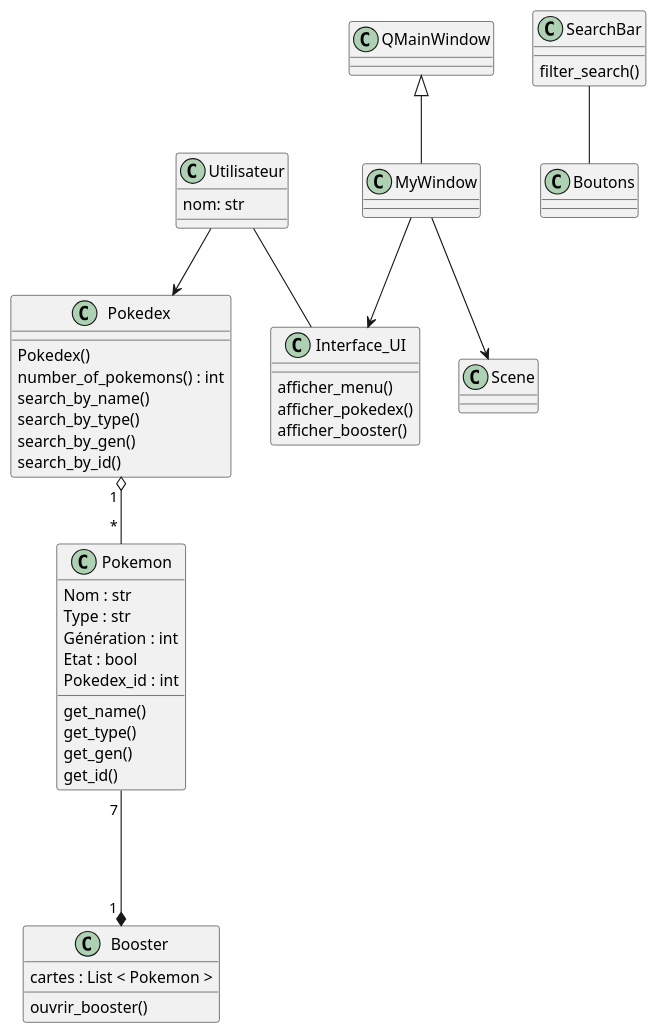
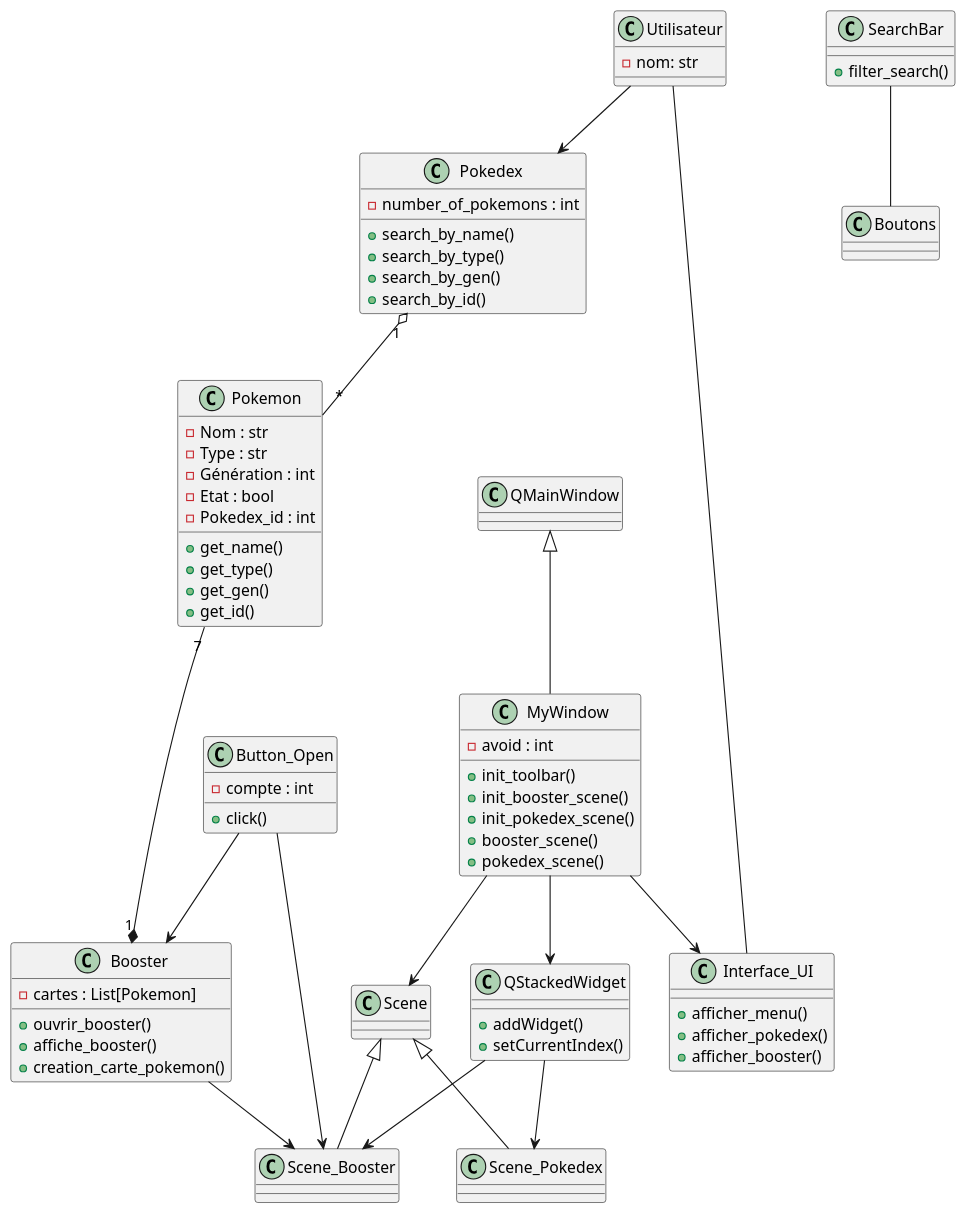
Before and after one commit to sltcvtfk/pokemon-tcg-pyside6: the diagram in Pokemon_TCG_uml.wsd, drawn with PlantUML.

```diff
--- a/Pokemon_TCG_uml.wsd
+++ b/Pokemon_TCG_uml.wsd
@@ -1,67 +1,95 @@
 @startuml Pokemon
 
 class Pokemon {
-    Nom : str
-    Type : str
-    Génération : int
-    Etat : bool
-    Pokedex_id : int 
+    - Nom : str
+    - Type : str
+    - Génération : int
+    - Etat : bool
+    - Pokedex_id : int 
 
-    get_name()
-    get_type()
-    get_gen()
-    get_id() 
+    + get_name()
+    + get_type()
+    + get_gen()
+    + get_id() 
 }
 
 class Pokedex {
+    - number_of_pokemons : int
 
-    Pokedex()
-    number_of_pokemons() : int
-    search_by_name()
-    search_by_type()
-    search_by_gen()
-    search_by_id()
+    + search_by_name()
+    + search_by_type()
+    + search_by_gen()
+    + search_by_id()
 }
 
 class Interface_UI {
-
-    afficher_menu()
-    afficher_pokedex()
-    afficher_booster()
+    + afficher_menu()
+    + afficher_pokedex()
+    + afficher_booster()
 }
 
 class MyWindow {
+    - avoid : int
+    + init_toolbar()
+    + init_booster_scene()
+    + init_pokedex_scene()
+    + booster_scene()
+    + pokedex_scene()
 }
 
 class Boutons {
+}
 
+class Button_Open {
+    - compte : int
+    + click()
 }
 
 class SearchBar {
-    filter_search()
+    + filter_search()
 }
 
 class Scene {
 }
 
+class Scene_Booster {
+}
+
+class Scene_Pokedex {
+}
+
 class Booster {
-    cartes : List < Pokemon >
-
-    ouvrir_booster()
+    - cartes : List[Pokemon]
+    
+    + ouvrir_booster()
+    + affiche_booster()
+    + creation_carte_pokemon()
 }
 
 class Utilisateur {
-    nom: str
-
-
+    - nom: str
 }
 
-Pokedex "1 " o-- " * " Pokemon
-Pokemon "7 " ---* "1 " Booster
+class QStackedWidget {
+    + addWidget()
+    + setCurrentIndex()
+}
+
+Pokedex "1" o-- " * " Pokemon
+Pokemon "7" ---* "1" Booster
 MyWindow --> Interface_UI  
 QMainWindow <|-- MyWindow
 MyWindow --> Scene
+MyWindow --> QStackedWidget
+Scene <|-- Scene_Booster
+Scene <|-- Scene_Pokedex
 SearchBar -- Boutons
 Utilisateur --> Pokedex
 Utilisateur -- Interface_UI
+Booster --> Scene_Booster
+Button_Open --> Scene_Booster
+Button_Open --> Booster
+QStackedWidget --> Scene_Booster
+QStackedWidget --> Scene_Pokedex
+
 @enduml
```
